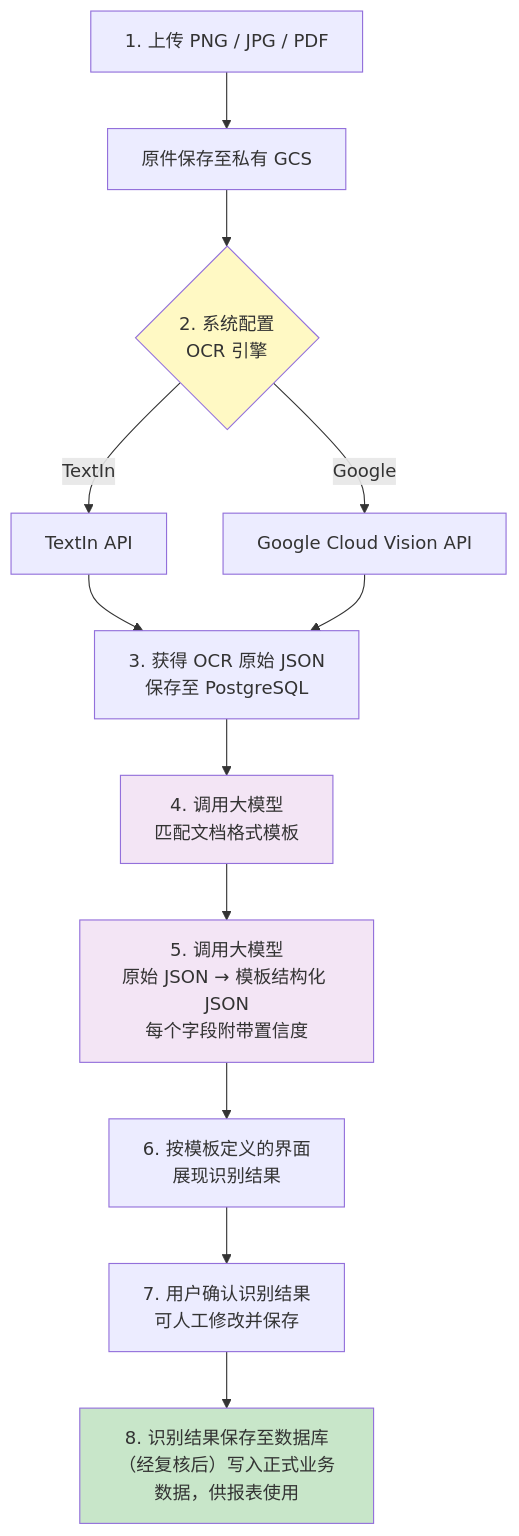
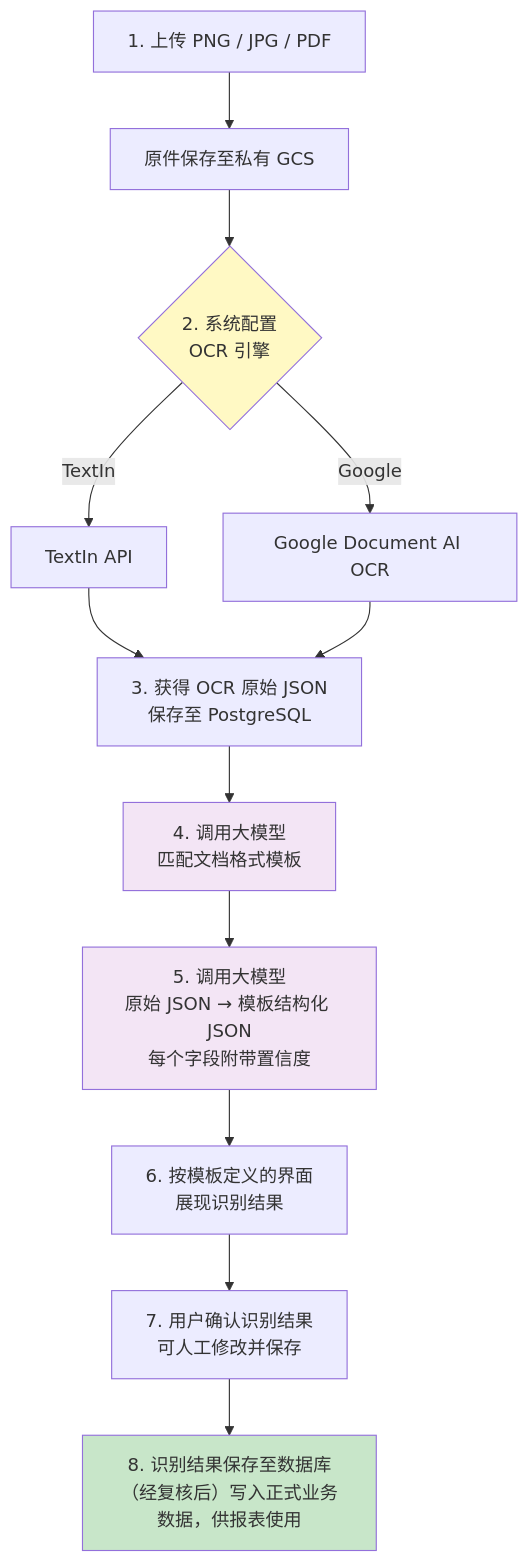
Before and after one commit to aibaba-go/saiflow-monorepo: the second of 3 diagrams in docs/10-product/PRD-SaiFlow.md, drawn with Mermaid. The commit also changed other lines of this file and 48 other files, not shown here.

````diff
--- a/docs/10-product/PRD-SaiFlow.md
+++ b/docs/10-product/PRD-SaiFlow.md
@@ -172,19 +172,19 @@
 ```mermaid
 flowchart TB
     U["1. 上传 PNG / JPG / PDF"] --> G["原件保存至私有 GCS"]
     G --> E{"2. 系统配置<br>OCR 引擎"}
     E -- TextIn --> T["TextIn API"]
-    E -- Google --> V["Google Cloud Vision API"]
+    E -- Google --> V["Google Document AI OCR"]
     T --> RAW["3. 获得 OCR 原始 JSON<br>保存至 PostgreSQL"]
     V --> RAW
     RAW --> M["4. 调用大模型<br>匹配文档格式模板"]
     M --> X["5. 调用大模型<br>原始 JSON → 模板结构化 JSON<br>每个字段附带置信度"]
     X --> UI["6. 按模板定义的界面<br>展现识别结果"]
     UI --> CF["7. 用户确认识别结果<br>可人工修改并保存"]
     CF --> DB["8. 识别结果保存至数据库<br>（经复核后）写入正式业务数据，供报表使用"]
 
     style E fill:#fff9c4
     style M fill:#f3e5f5
     style X fill:#f3e5f5
     style DB fill:#c8e6c9
 ```
````
